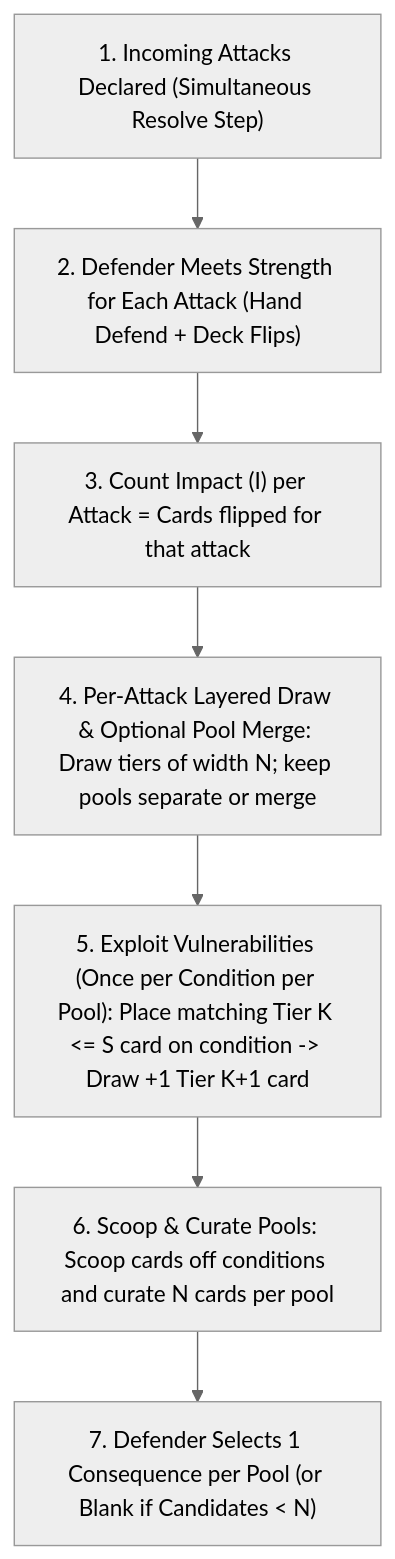
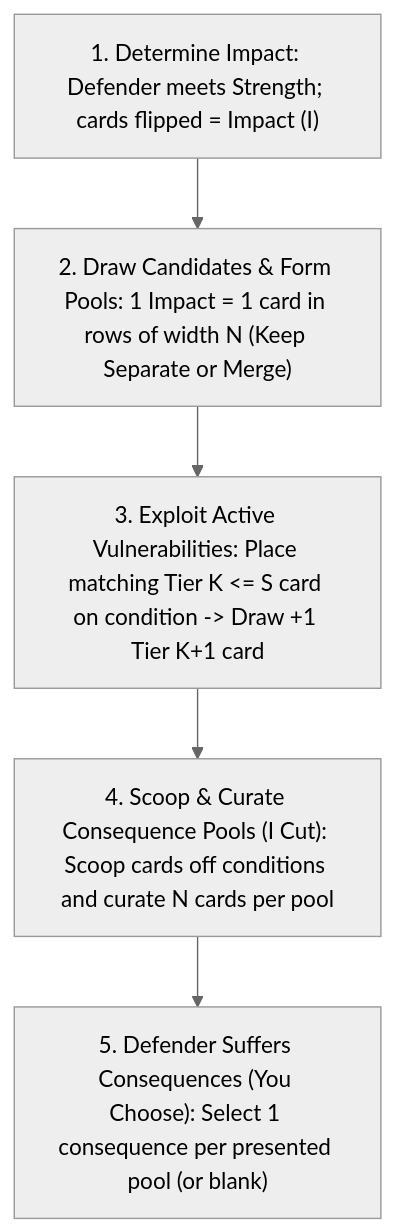
Before and after one commit to tdimiduk/cardpg: the diagram in design/iteration/resolution/candidates/consequence-pool-tag-escalation/README.md, drawn with Mermaid (neutral theme). The commit also changed other lines of this file and 6 other files, not shown here.

````diff
--- a/design/iteration/resolution/candidates/consequence-pool-tag-escalation/README.md
+++ b/design/iteration/resolution/candidates/consequence-pool-tag-escalation/README.md
@@ -34,9 +34,7 @@
 ```mermaid
 flowchart TD
-    A["1. Incoming Attacks Declared (Simultaneous Resolve Step)"] --> B["2. Defender Meets Strength for Each Attack (Hand Defend + Deck Flips)"]
-    B --> C["3. Count Impact (I) per Attack = Cards flipped for that attack"]
-    C --> D["4. Per-Attack Layered Draw & Optional Pool Merge: Draw tiers of width N; keep pools separate or merge"]
-    D --> E["5. Exploit Vulnerabilities (Once per Condition per Pool): Place matching Tier K <= S card on condition -> Draw +1 Tier K+1 card"]
-    E --> F["6. Scoop & Curate Pools: Scoop cards off conditions and curate N cards per pool"]
-    F --> G["7. Defender Selects 1 Consequence per Pool (or Blank if Candidates < N)"]
+    A["1. Determine Impact: Defender meets Strength; cards flipped = Impact (I)"] --> B["2. Draw Candidates & Form Pools: 1 Impact = 1 card in rows of width N (Keep Separate or Merge)"]
+    B --> C["3. Exploit Active Vulnerabilities: Place matching Tier K <= S card on condition -> Draw +1 Tier K+1 card"]
+    C --> D["4. Scoop & Curate Consequence Pools (I Cut): Scoop cards off conditions and curate N cards per pool"]
+    D --> E["5. Defender Suffers Consequences (You Choose): Select 1 consequence per presented pool (or blank)"]
 ```
````
